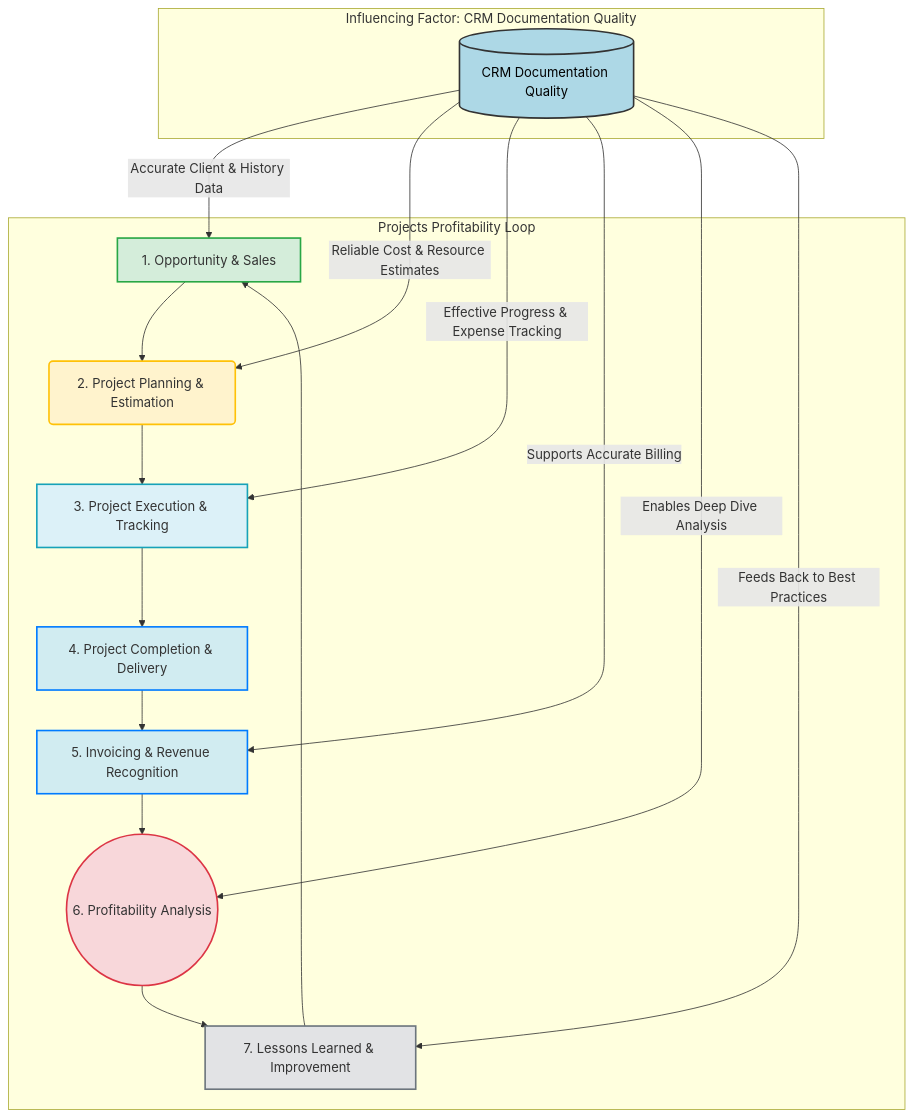
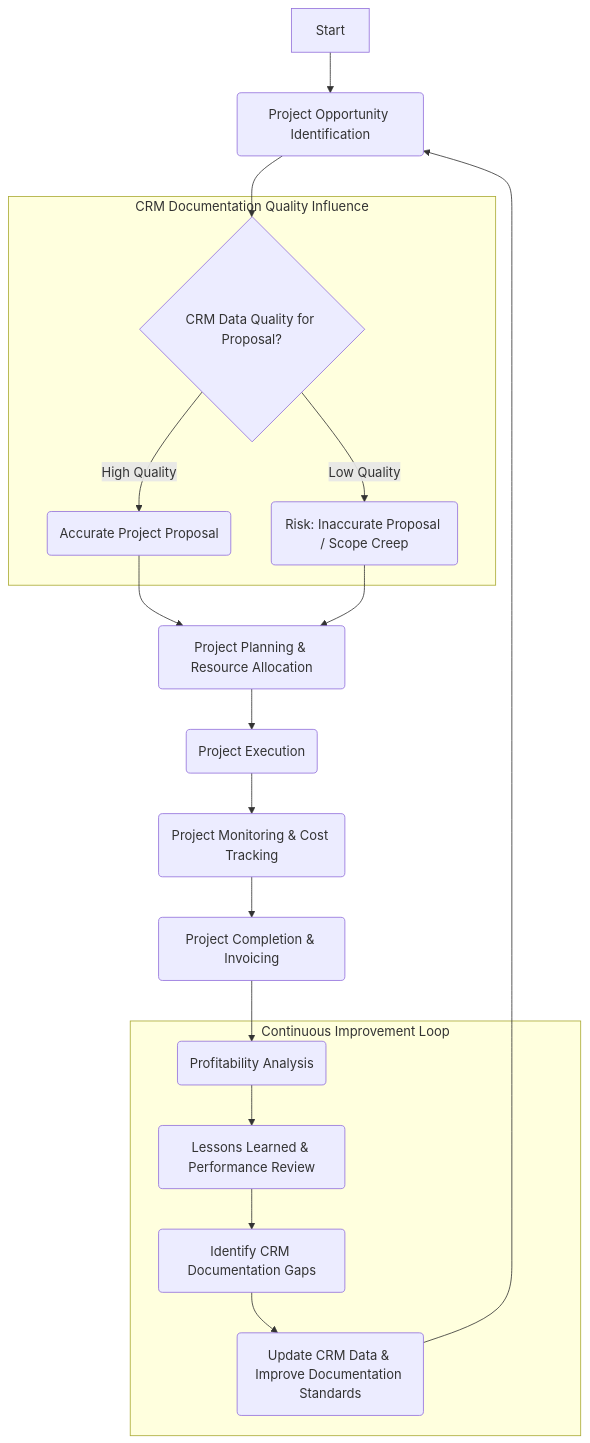
The diagram in frontend/public/docs/diagrams/projects-profitability-loop.mmd (schpill/admin_koomky), drawn with Mermaid before and after one commit. The commit also changed 77 other files, not shown here.

```diff
--- a/frontend/public/docs/diagrams/projects-profitability-loop.mmd
+++ b/frontend/public/docs/diagrams/projects-profitability-loop.mmd
@@ -1,32 +1,26 @@
 graph TD
-    subgraph "Projects Profitability Loop"
-        A[1. Opportunity & Sales] --> B(2. Project Planning & Estimation)
-        B --> C[3. Project Execution & Tracking]
-        C --> D[4. Project Completion & Delivery]
-        D --> E[5. Invoicing & Revenue Recognition]
-        E --> F((6. Profitability Analysis))
-        F --> G[7. Lessons Learned & Improvement]
-        G --> A
+    A[Start] --> B(Project Opportunity Identification);
+
+    subgraph CRM Documentation Quality Influence
+        C{CRM Data Quality for Proposal?}
+        C -- High Quality --> D(Accurate Project Proposal);
+        C -- Low Quality --> E(Risk: Inaccurate Proposal / Scope Creep);
     end
 
-    subgraph "Influencing Factor: CRM Documentation Quality"
-        CRM_DQ[(CRM Documentation Quality)]
+    B --> C;
+    D --> F(Project Planning & Resource Allocation);
+    E --> F;
+
+    F --> G(Project Execution);
+    G --> H(Project Monitoring & Cost Tracking);
+    H --> I(Project Completion & Invoicing);
+    I --> J(Profitability Analysis);
+
+    subgraph Continuous Improvement Loop
+        K(Lessons Learned & Performance Review);
+        J --> K;
+        K --> L(Identify CRM Documentation Gaps);
+        L --> M(Update CRM Data & Improve Documentation Standards);
     end
 
-    %% CRM Documentation Quality's Influence
-    CRM_DQ -- "Accurate Client & History Data" --> A
-    CRM_DQ -- "Reliable Cost & Resource Estimates" --> B
-    CRM_DQ -- "Effective Progress & Expense Tracking" --> C
-    CRM_DQ -- "Supports Accurate Billing" --> E
-    CRM_DQ -- "Enables Deep Dive Analysis" --> F
-    CRM_DQ -- "Feeds Back to Best Practices" --> G
-
-    %% Styling for emphasis
-    style CRM_DQ fill:#add8e6,stroke:#333,stroke-width:2px,color:#000
-    style A fill:#D4EDDA,stroke:#28A745,stroke-width:2px
-    style B fill:#FFF3CD,stroke:#FFC107,stroke-width:2px
-    style C fill:#DCF1F8,stroke:#17A2B8,stroke-width:2px
-    style D fill:#D1ECF1,stroke:#007BFF,stroke-width:2px
-    style E fill:#D1ECF1,stroke:#007BFF,stroke-width:2px
-    style F fill:#F8D7DA,stroke:#DC3545,stroke-width:2px
-    style G fill:#E2E3E5,stroke:#6C757D,stroke-width:2px
+    M --> B;
```
